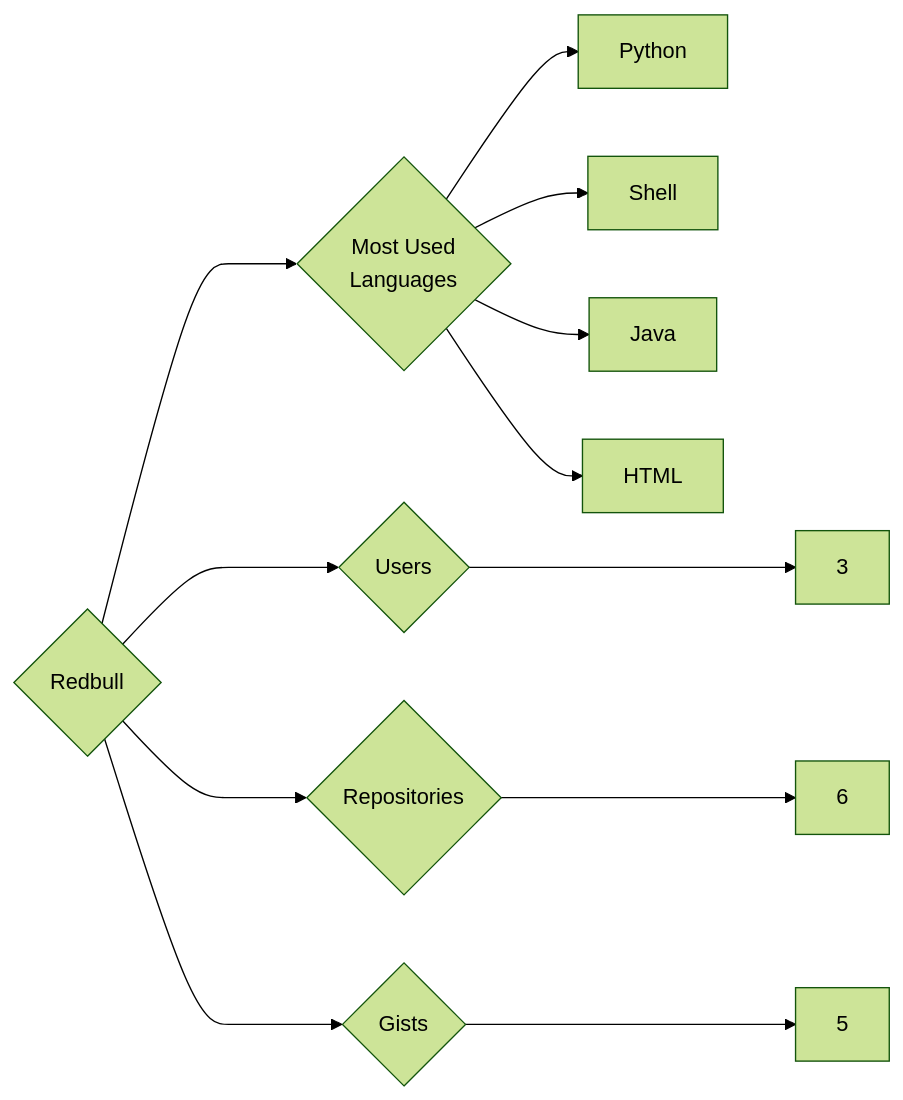
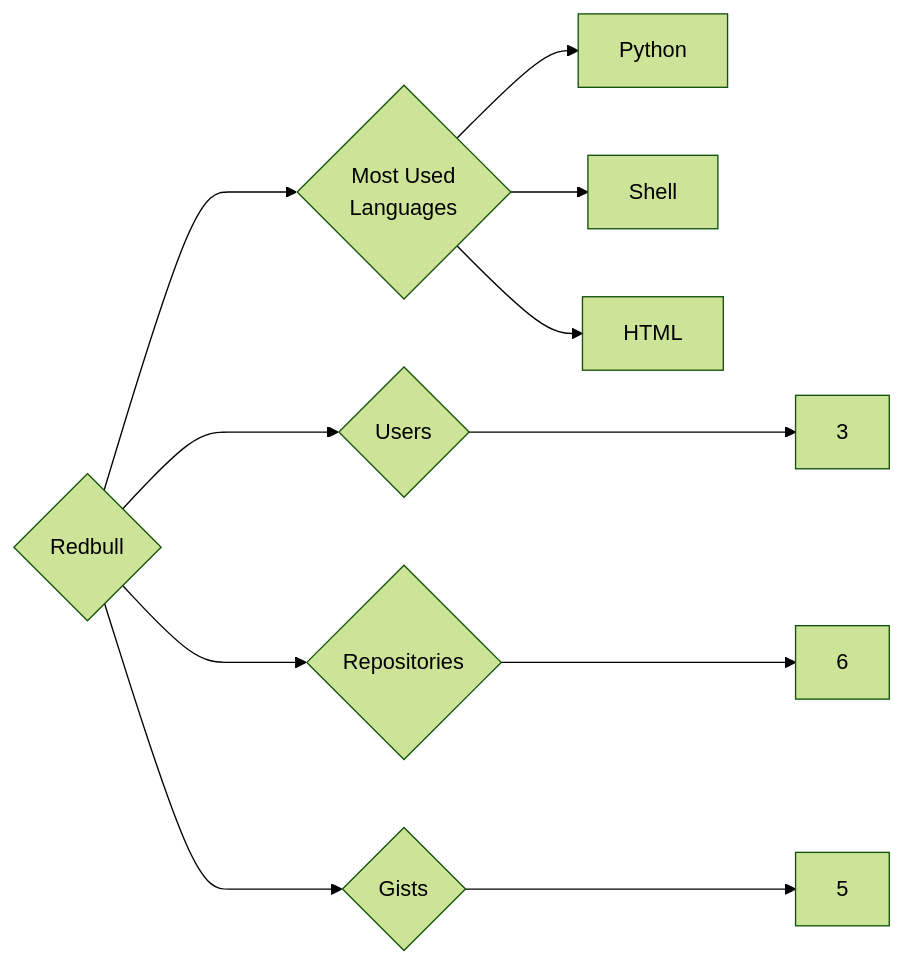
Before and after one commit to trickest/insiders: the diagram in targets/Redbull/README.md, drawn with Mermaid (forest theme). The commit also changed 765 other files, not shown here.

````diff
--- a/targets/Redbull/README.md
+++ b/targets/Redbull/README.md
@@ -3,12 +3,11 @@
 ```mermaid
 graph LR
 COMPANY_NAME{Redbull}
 COMPANY_NAME ---> U{Users} ---> UN[3]
 COMPANY_NAME ---> R{Repositories} ---> RN[6]
 COMPANY_NAME ---> G{Gists} ---> GN[5]
 COMPANY_NAME ---> ML{Most Used<br>Languages}
 ML --> Python[Python]
 ML --> Shell[Shell]
-ML --> Java[Java]
 ML --> HTML[HTML]
 ```
````
